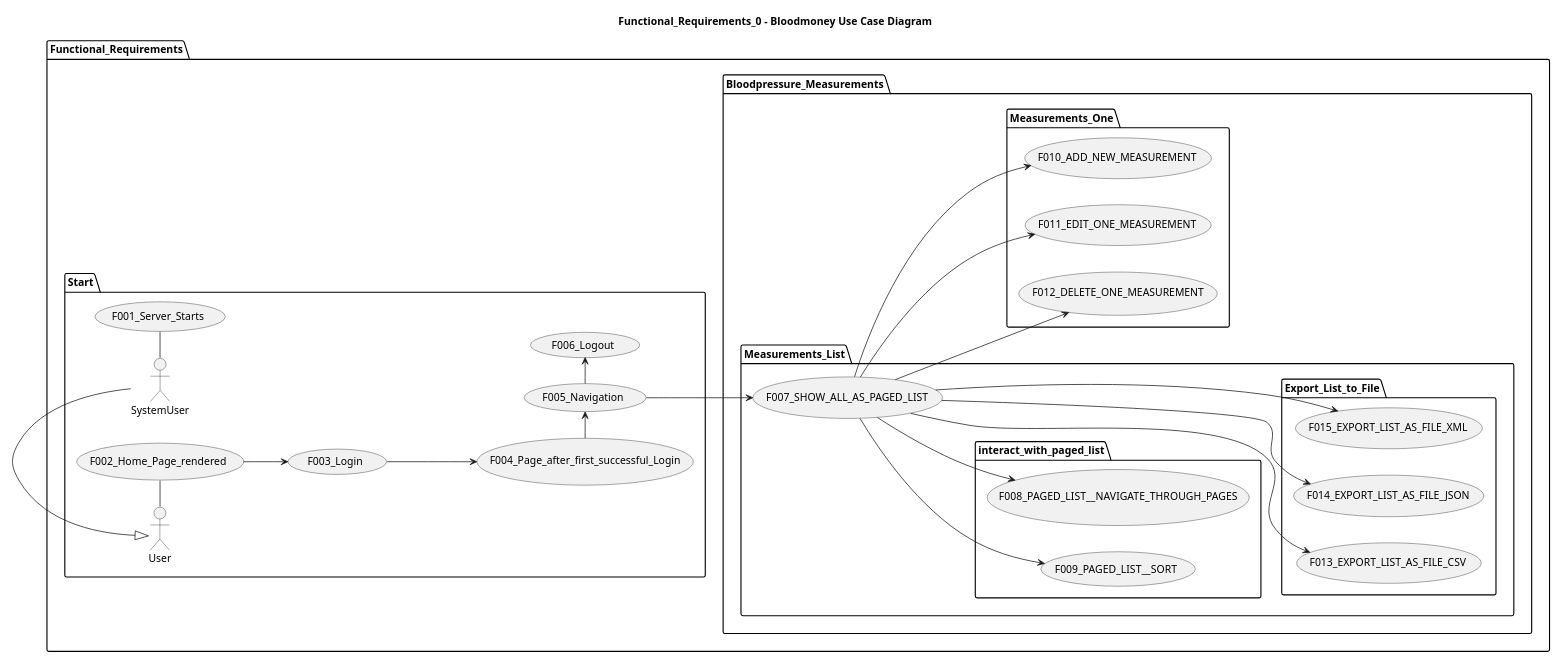
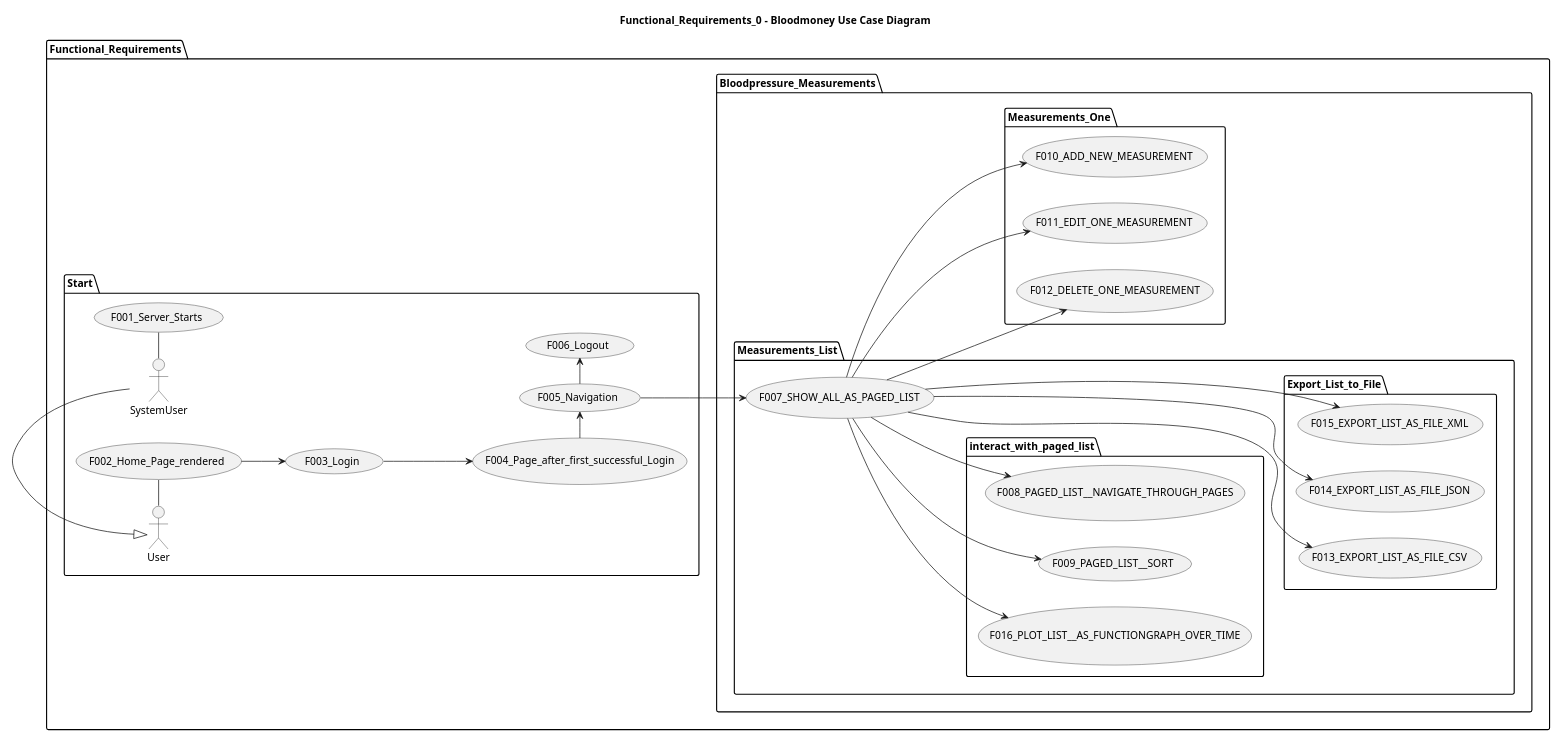
One commit to BloodMoneyApp/bloodmoney changed the diagram in src/main/plantuml/all/Bloodmoney__Use_Cases.puml. Above: the diagram before and after it, drawn with PlantUML. The commit also changed 14 other files, not shown here.

Commit message:
documentation: class structure to UML

```diff
--- a/src/main/plantuml/all/Bloodmoney__Use_Cases.puml
+++ b/src/main/plantuml/all/Bloodmoney__Use_Cases.puml
@@ -1,46 +1,47 @@
 @startuml
 
 title Functional_Requirements_0 - Bloodmoney Use Case Diagram
 
 left to right direction
 'top to bottom direction
 
 'https://plantuml.com/use-case-diagram
 
 scale 1200 width
 
 package Functional_Requirements {
 
   package Start {
     SystemUser - (F001_Server_Starts)
     User - (F002_Home_Page_rendered)
     (F002_Home_Page_rendered) --> (F003_Login)
     (F003_Login) ---> (F004_Page_after_first_successful_Login)
     (F004_Page_after_first_successful_Login) -> (F005_Navigation)
     (F005_Navigation) -> (F006_Logout)
 
     User <|- SystemUser
   }
 
   package Bloodpressure_Measurements {
 
     package Measurements_List {
           (F005_Navigation) --> (F007_SHOW_ALL_AS_PAGED_LIST)
           package interact_with_paged_list {
               (F007_SHOW_ALL_AS_PAGED_LIST) --> (F008_PAGED_LIST__NAVIGATE_THROUGH_PAGES)
               (F007_SHOW_ALL_AS_PAGED_LIST) --> (F009_PAGED_LIST__SORT)
+              (F007_SHOW_ALL_AS_PAGED_LIST) --> (F016_PLOT_LIST__AS_FUNCTIONGRAPH_OVER_TIME)
           }
           package Export_List_to_File {
               (F007_SHOW_ALL_AS_PAGED_LIST) ---> (F013_EXPORT_LIST_AS_FILE_CSV)
               (F007_SHOW_ALL_AS_PAGED_LIST) ---> (F014_EXPORT_LIST_AS_FILE_JSON)
               (F007_SHOW_ALL_AS_PAGED_LIST) ---> (F015_EXPORT_LIST_AS_FILE_XML)
           }
     }
     package Measurements_One {
         (F007_SHOW_ALL_AS_PAGED_LIST) --> (F010_ADD_NEW_MEASUREMENT)
         (F007_SHOW_ALL_AS_PAGED_LIST) --> (F011_EDIT_ONE_MEASUREMENT)
         (F007_SHOW_ALL_AS_PAGED_LIST) --> (F012_DELETE_ONE_MEASUREMENT)
     }
   }
 }
 @enduml
```
